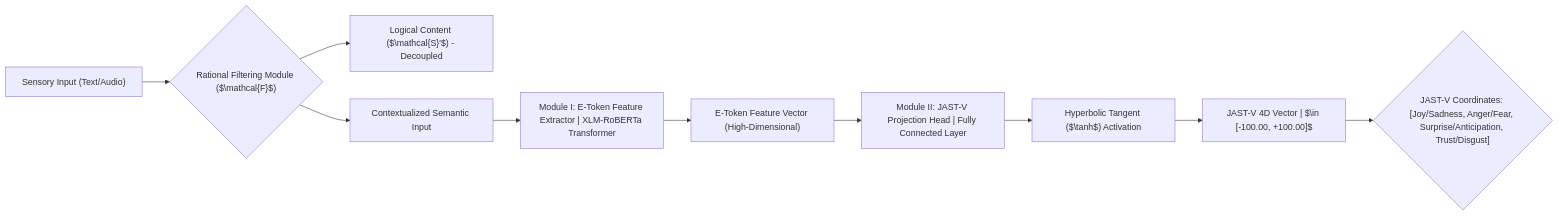
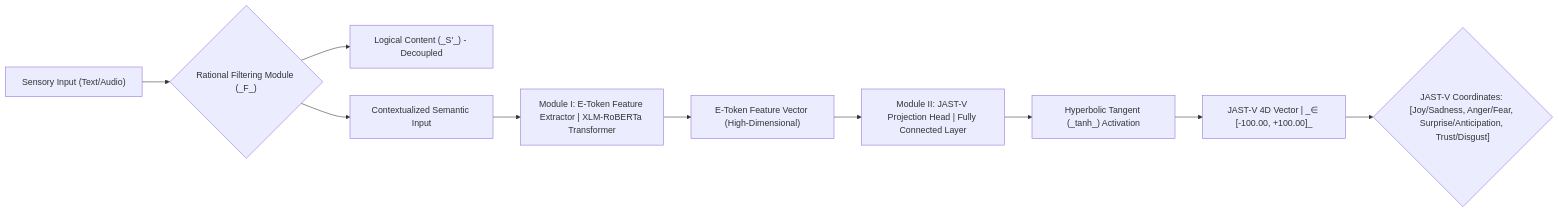
One commit to 76448-ORG/GPR-Protocol changed the second of 3 diagrams in README.md. Above: the diagram before and after it, drawn with Mermaid. The commit also changed other lines of this file, not shown here.

````diff
--- a/README.md
+++ b/README.md
@@ -147,12 +147,12 @@
 ```mermaid
 graph LR;
-    A["Sensory Input (Text/Audio)"] --> B{"Rational Filtering Module ($\mathcal{F}$)"}
-    B --> C["Logical Content ($\mathcal{S}'$) - Decoupled"]
+    A["Sensory Input (Text/Audio)"] --> B{"Rational Filtering Module (_F_)"}
+    B --> C["Logical Content (_S'_) - Decoupled"]
     B --> D["Contextualized Semantic Input"]
     D --> E["Module I: E-Token Feature Extractor | XLM-RoBERTa Transformer"];
     E --> F["E-Token Feature Vector (High-Dimensional)"];
     F --> G["Module II: JAST-V Projection Head | Fully Connected Layer"];
-    G --> H["Hyperbolic Tangent ($\tanh$) Activation"];
-    H --> I["JAST-V 4D Vector | $\in [-100.00, +100.00]$"];
+    G --> H["Hyperbolic Tangent (_tanh_) Activation"];
+    H --> I["JAST-V 4D Vector | _∈ [-100.00, +100.00]_"];
     I --> J{"JAST-V Coordinates: [Joy/Sadness, Anger/Fear, Surprise/Anticipation, Trust/Disgust]"};
 ```
````
